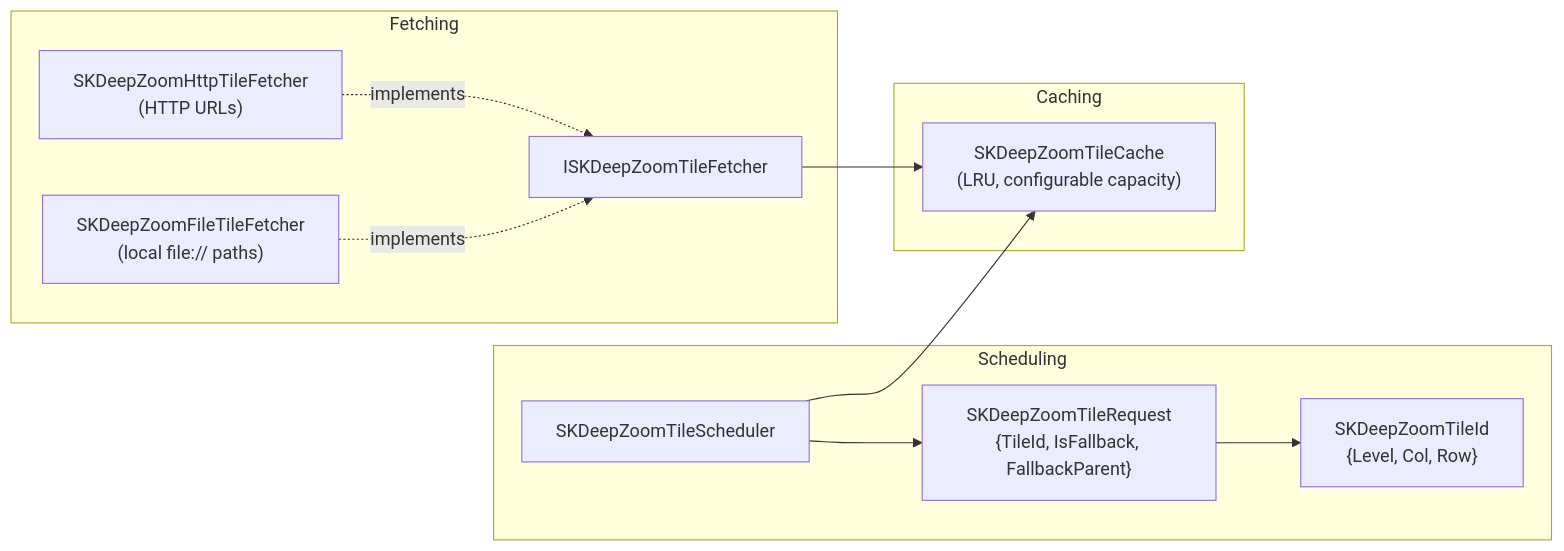
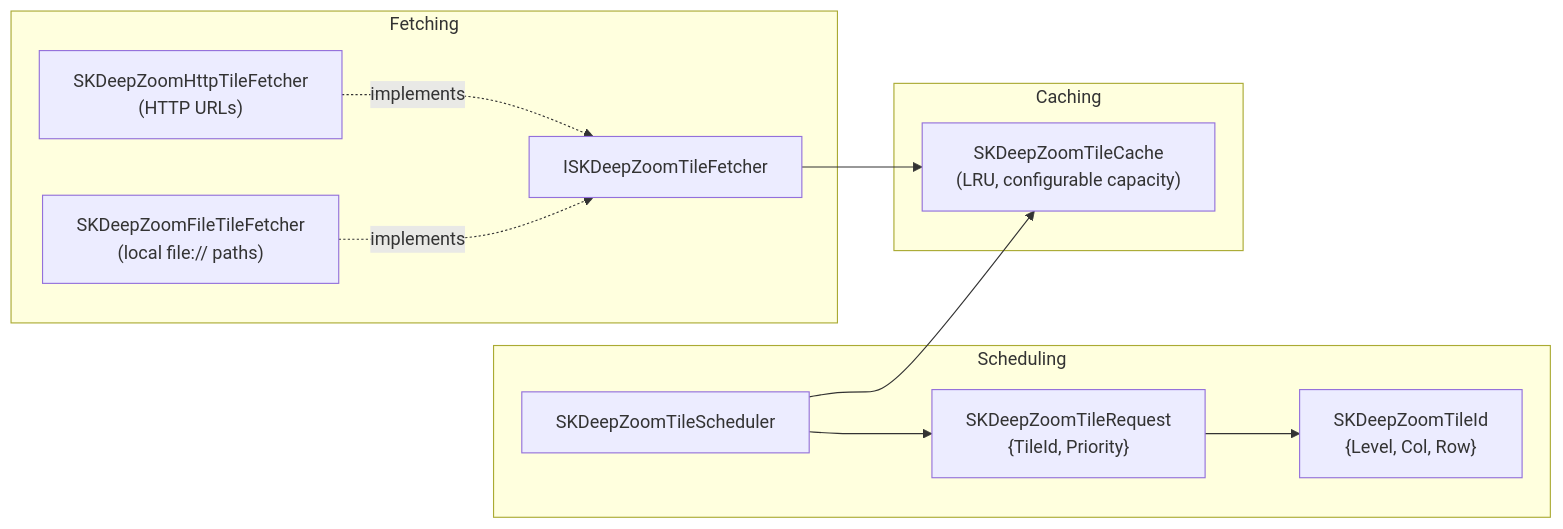
The fourth of 7 diagrams in source/SkiaSharp.Extended/DeepZoom/README.md (mono/SkiaSharp.Extended), drawn with Mermaid before and after one commit. The commit also changed other lines of this file, not shown here.

First line of the commit message:
Fix README diagram inaccuracies for TileRequest and SubImage.Source

````diff
--- a/source/SkiaSharp.Extended/DeepZoom/README.md
+++ b/source/SkiaSharp.Extended/DeepZoom/README.md
@@ -130,25 +129,25 @@
 ```mermaid
 flowchart LR
     subgraph "Fetching"
         F1["SKDeepZoomHttpTileFetcher\n(HTTP URLs)"]
         F2["SKDeepZoomFileTileFetcher\n(local file:// paths)"]
         IF["ISKDeepZoomTileFetcher"]
         F1 -.implements.-> IF
         F2 -.implements.-> IF
     end
 
     subgraph "Scheduling"
         S["SKDeepZoomTileScheduler"]
-        TR["SKDeepZoomTileRequest\n{TileId, IsFallback, FallbackParent}"]
+        TR["SKDeepZoomTileRequest\n{TileId, Priority}"]
         TI["SKDeepZoomTileId\n{Level, Col, Row}"]
         S --> TR
         TR --> TI
     end
 
     subgraph "Caching"
         C["SKDeepZoomTileCache\n(LRU, configurable capacity)"]
     end
 
     IF --> C
     S --> C
 ```
````
